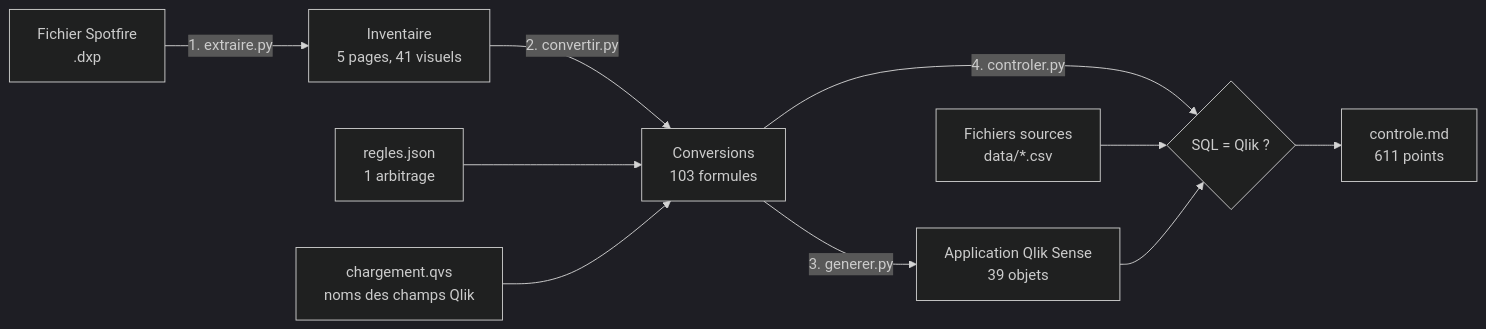
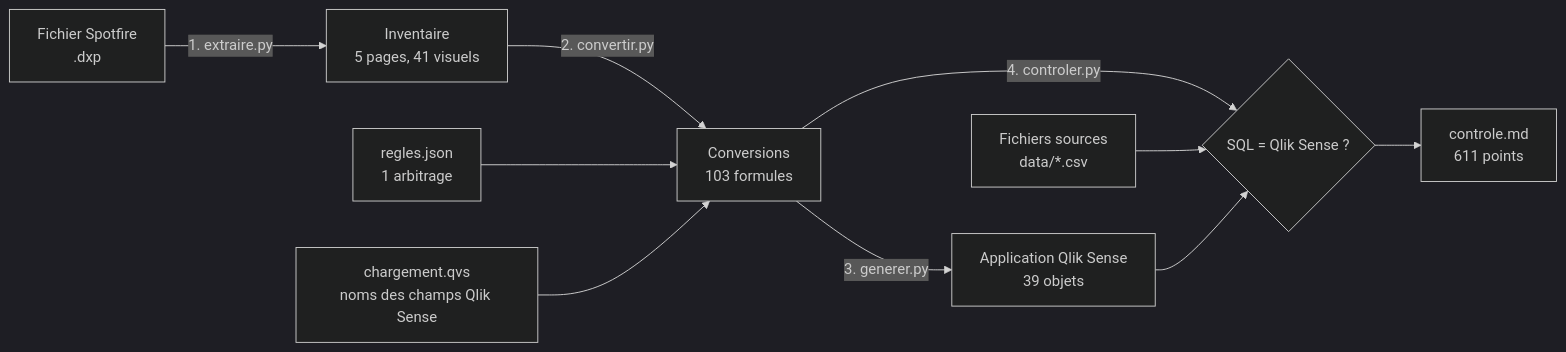
One commit to cnanaj-wq/migration-spotfire-qlik-sense changed the diagram in lab02/README.md. Above: the diagram before and after it, drawn with Mermaid (dark theme). The commit also changed other lines of this file and 13 other files, not shown here.

Commit message:
Textes : « Qlik Sense » partout, accroche sans virgules, LAB 02 sans les sections « Ce qui reste à une personne » et « Limites »

````diff
--- a/lab02/README.md
+++ b/lab02/README.md
@@ -12,12 +12,12 @@
 ```mermaid
 flowchart LR
     A[Fichier Spotfire<br/>.dxp] -->|1. extraire.py| B[Inventaire<br/>5 pages, 41 visuels]
     B -->|2. convertir.py| C[Conversions<br/>103 formules]
     R[regles.json<br/>1 arbitrage] --> C
-    S[chargement.qvs<br/>noms des champs Qlik] --> C
+    S[chargement.qvs<br/>noms des champs Qlik Sense] --> C
     C -->|3. generer.py| D[Application Qlik Sense<br/>39 objets]
-    C -->|4. controler.py| E{SQL = Qlik ?}
+    C -->|4. controler.py| E{SQL = Qlik Sense ?}
     F[Fichiers sources<br/>data/*.csv] --> E
     D --> E
     E --> G[controle.md<br/>611 points]
 ```
````
